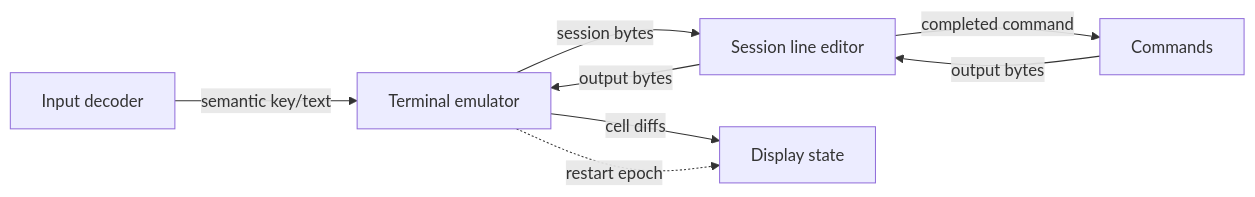
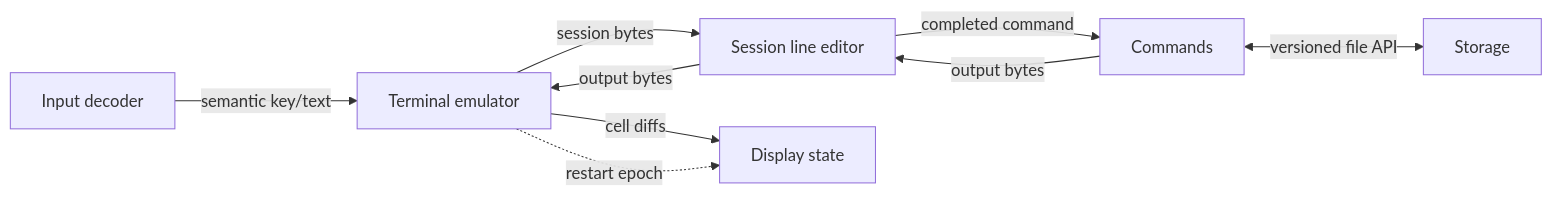
Before and after one commit to Eresea/LogOS: the diagram in docs/processes/terminal.md, drawn with Mermaid. The commit also changed other lines of this file and 13 other files, not shown here.

Commit message:
test(storage): prove command API and reboot recovery

````diff
--- a/docs/processes/terminal.md
+++ b/docs/processes/terminal.md
@@ -7,10 +8,11 @@
 ```mermaid
 flowchart LR
     I[Input decoder] -->|semantic key/text| T[Terminal emulator]
     T -->|session bytes| S[Session line editor]
     S -->|completed command| C[Commands]
     C -->|output bytes| S
+    C <-->|versioned file API| V[Storage]
     S -->|output bytes| T
     T -->|cell diffs| D[Display state]
     T -. restart epoch .-> D
 ```
````
